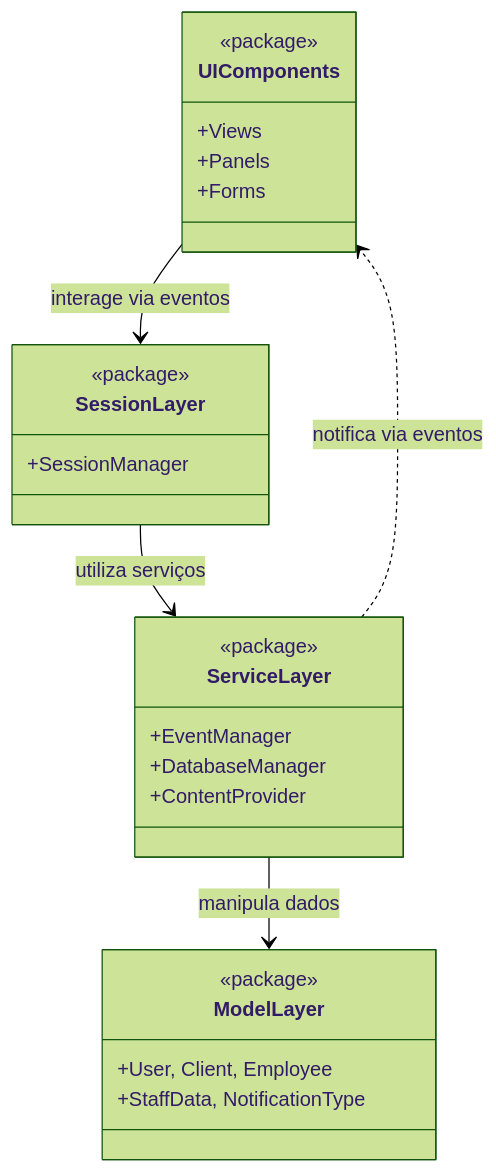
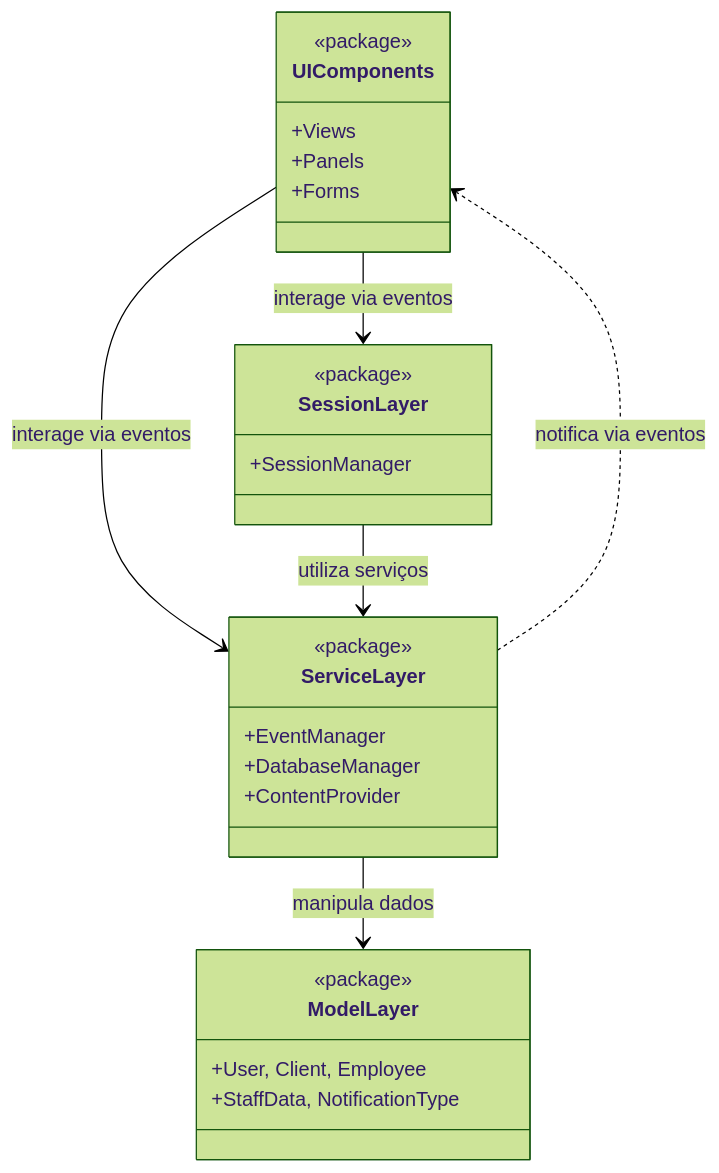
Before and after one commit to jubermiranda/beautymaker: the sixth of 7 diagrams in doc/diagrama.md, drawn with Mermaid (forest theme).

````diff
--- a/doc/diagrama.md
+++ b/doc/diagrama.md
@@ -249,32 +249,33 @@
 ```mermaid
 classDiagram
     class UIComponents {
         <<package>>
         +Views
         +Panels
         +Forms
     }
     
     class SessionLayer {
         <<package>>
         +SessionManager
     }
     
     class ServiceLayer {
         <<package>>
         +EventManager
         +DatabaseManager
         +ContentProvider
     }
     
     class ModelLayer {
         <<package>>
         +User, Client, Employee
         +StaffData, NotificationType
     }
     
     UIComponents --> SessionLayer : interage via eventos
+    UIComponents --> ServiceLayer : interage via eventos
     SessionLayer --> ServiceLayer : utiliza serviços
     ServiceLayer --> ModelLayer : manipula dados
     ServiceLayer ..> UIComponents : notifica via eventos
 ```
````
